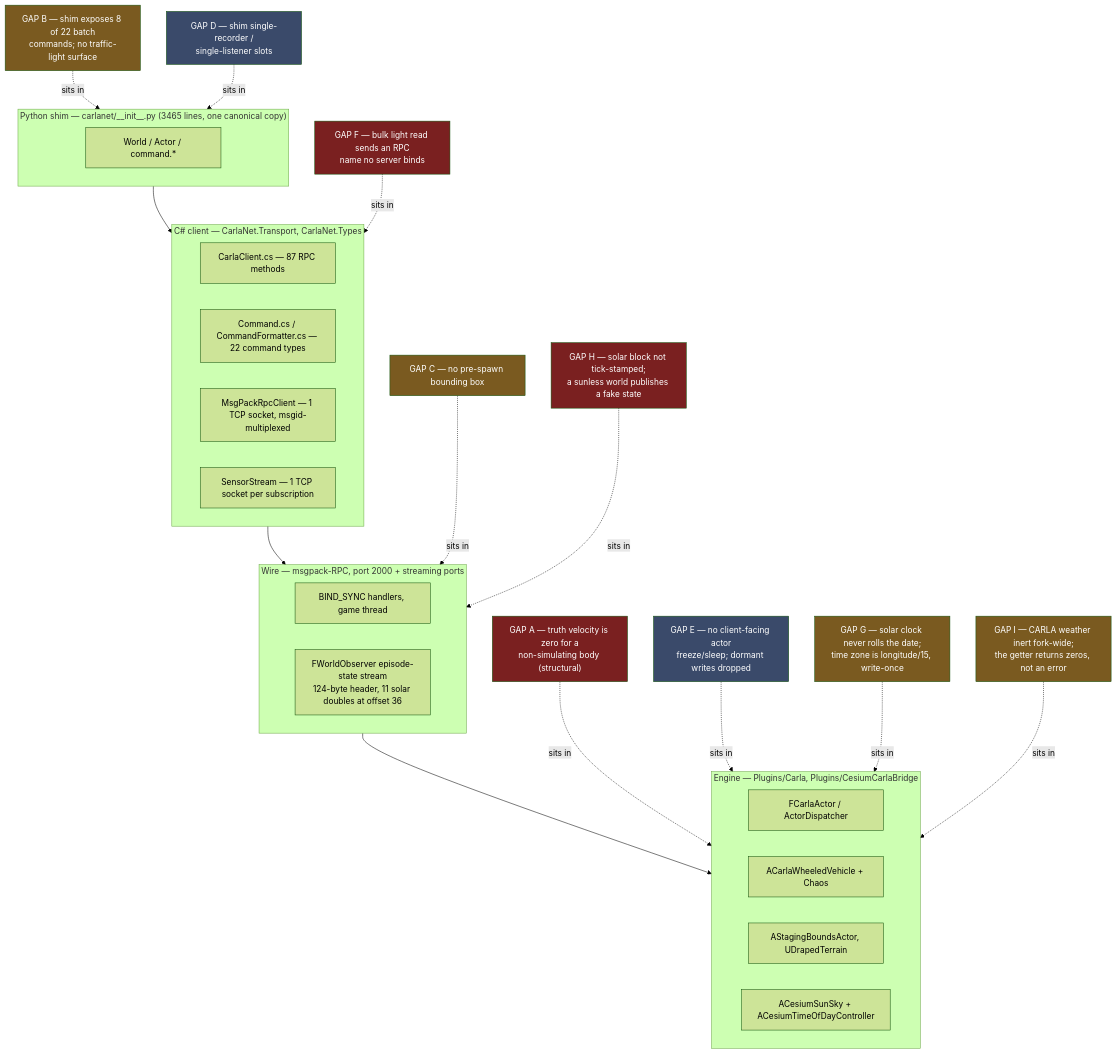
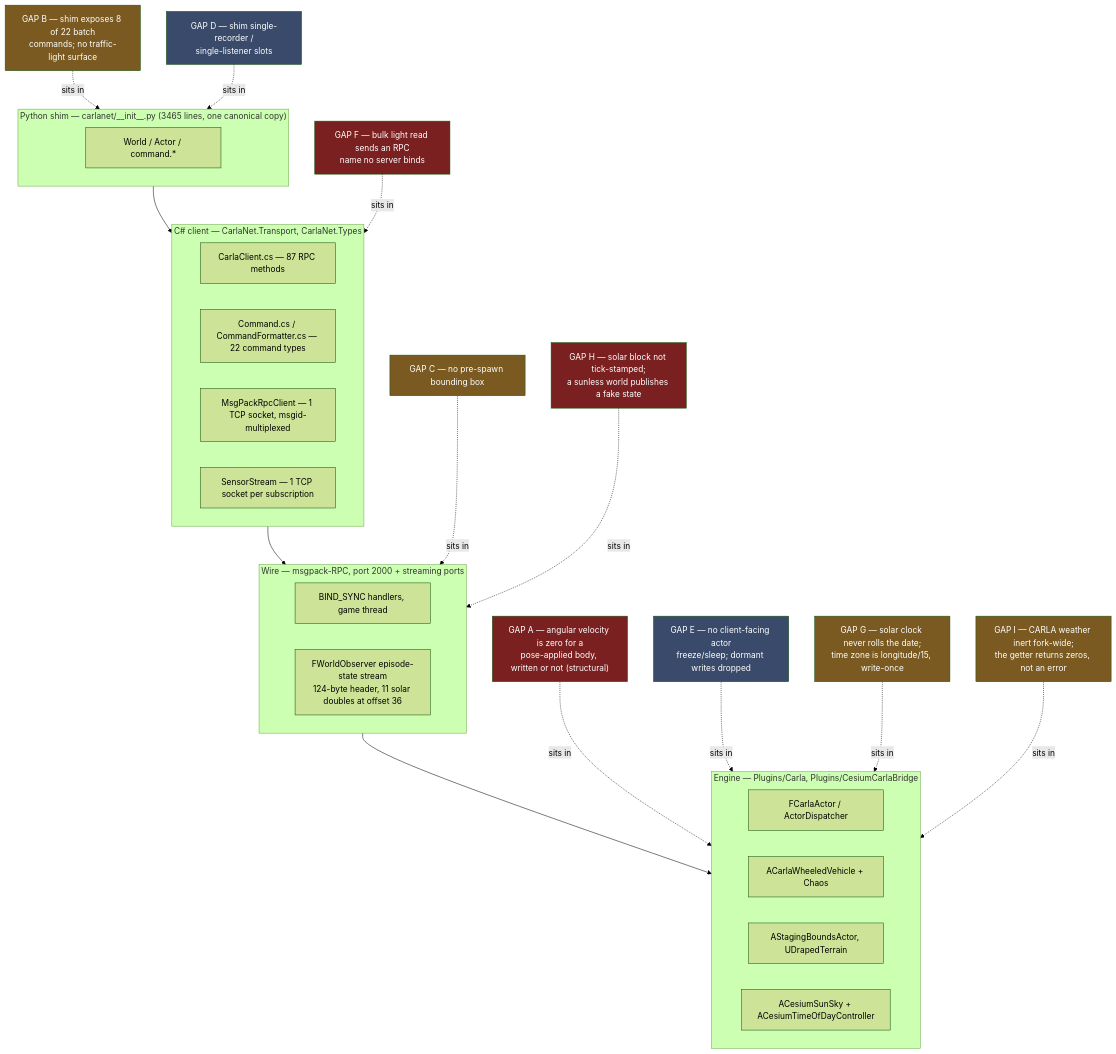
One commit to sbrett9/carla changed the first of 3 diagrams in Docs/CAT_Research/Plans/SUMO_Behavioral_Capture/05_CarlaNet_Capability_Audit.md. Above: the diagram before and after it, drawn with Mermaid (forest theme). The commit also changed other lines of this file and 19 other files, not shown here.

````diff
--- a/Docs/CAT_Research/Plans/SUMO_Behavioral_Capture/05_CarlaNet_Capability_Audit.md
+++ b/Docs/CAT_Research/Plans/SUMO_Behavioral_Capture/05_CarlaNet_Capability_Audit.md
@@ -128,58 +136,58 @@
 ```mermaid
 flowchart TB
     subgraph PY["Python shim — carlanet/__init__.py (3465 lines, one canonical copy)"]
         direction LR
         PY1["World / Actor / command.*"]
     end
     subgraph CS["C# client — CarlaNet.Transport, CarlaNet.Types"]
         direction LR
         CS1["CarlaClient.cs — 87 RPC methods"]
         CS2["Command.cs / CommandFormatter.cs — 22 command types"]
         CS3["MsgPackRpcClient — 1 TCP socket, msgid-multiplexed"]
         CS4["SensorStream — 1 TCP socket per subscription"]
     end
     subgraph RPC["Wire — msgpack-RPC, port 2000 + streaming ports"]
         direction LR
         R1["BIND_SYNC handlers, game thread"]
         R2["FWorldObserver episode-state stream<br/>124-byte header, 11 solar doubles at offset 36"]
     end
     subgraph ENG["Engine — Plugins/Carla, Plugins/CesiumCarlaBridge"]
         direction LR
         E1["FCarlaActor / ActorDispatcher"]
         E2["ACarlaWheeledVehicle + Chaos"]
         E3["AStagingBoundsActor, UDrapedTerrain"]
         E4["ACesiumSunSky + ACesiumTimeOfDayController"]
     end
 
     PY --> CS --> RPC --> ENG
 
-    G1["GAP A — truth velocity is zero for a<br/>non-simulating body (structural)"]
+    G1["GAP A — angular velocity is zero for a<br/>pose-applied body, written or not (structural)"]
     G2["GAP B — shim exposes 8 of 22 batch<br/>commands; no traffic-light surface"]
     G3["GAP C — no pre-spawn bounding box"]
     G4["GAP D — shim single-recorder /<br/>single-listener slots"]
     G5["GAP E — no client-facing actor<br/>freeze/sleep; dormant writes dropped"]
     G6["GAP F — bulk light read sends an RPC<br/>name no server binds"]
     G7["GAP G — solar clock never rolls the date;<br/>time zone is longitude/15, write-once"]
     G8["GAP H — solar block not tick-stamped;<br/>a sunless world publishes a fake state"]
     G9["GAP I — CARLA weather inert fork-wide;<br/>the getter returns zeros, not an error"]
 
     G1 -.sits in.-> ENG
     G2 -.sits in.-> PY
     G3 -.sits in.-> RPC
     G4 -.sits in.-> PY
     G5 -.sits in.-> ENG
     G6 -.sits in.-> CS
     G7 -.sits in.-> ENG
     G8 -.sits in.-> RPC
     G9 -.sits in.-> ENG
 
     style G1 fill:#7a2020,color:#fff
     style G6 fill:#7a2020,color:#fff
     style G8 fill:#7a2020,color:#fff
     style G2 fill:#7a5a20,color:#fff
     style G3 fill:#7a5a20,color:#fff
     style G7 fill:#7a5a20,color:#fff
     style G9 fill:#7a5a20,color:#fff
     style G4 fill:#3a4a6a,color:#fff
     style G5 fill:#3a4a6a,color:#fff
 ```
````
